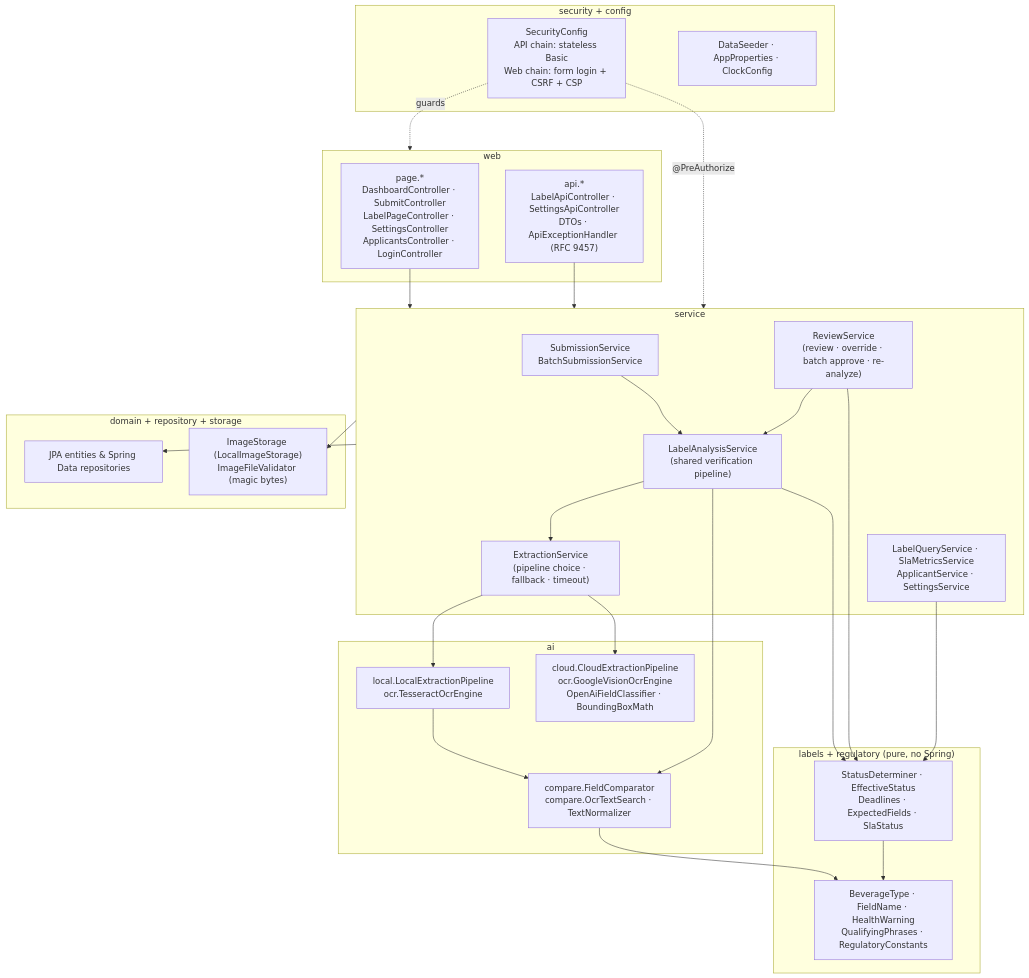
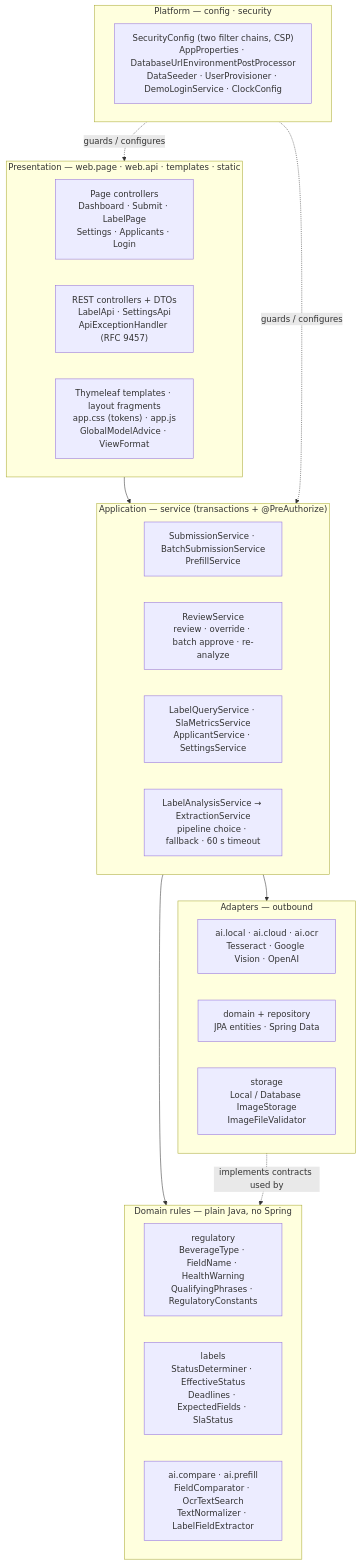
Before and after one commit to SarvariVin/ttb-label-verification: the diagram in docs/diagrams/02-components.mmd, drawn with Mermaid. The commit also changed 251 other files, not shown here.

```diff
--- a/docs/diagrams/02-components.mmd
+++ b/docs/diagrams/02-components.mmd
@@ -1,54 +1,37 @@
-%% Component view — packages under gov.ttb.labelverification and their dependencies
+%% Layered component view — packages under gov.ttb.labelverification grouped by layer
 flowchart TB
-    subgraph web["web"]
-        pages["page.*<br/>DashboardController · SubmitController<br/>LabelPageController · SettingsController<br/>ApplicantsController · LoginController"]
-        api["api.*<br/>LabelApiController · SettingsApiController<br/>DTOs · ApiExceptionHandler (RFC 9457)"]
+    subgraph L1["Presentation — web.page · web.api · templates · static"]
+        pages["Page controllers<br/>Dashboard · Submit · LabelPage<br/>Settings · Applicants · Login"]
+        rest["REST controllers + DTOs<br/>LabelApi · SettingsApi<br/>ApiExceptionHandler (RFC 9457)"]
+        view["Thymeleaf templates · layout fragments<br/>app.css (tokens) · app.js<br/>GlobalModelAdvice · ViewFormat"]
     end
 
-    subgraph security["security + config"]
-        sec["SecurityConfig<br/>API chain: stateless Basic<br/>Web chain: form login + CSRF + CSP"]
-        seed["DataSeeder · AppProperties · ClockConfig"]
+    subgraph L2["Application — service (transactions + @PreAuthorize)"]
+        intake["SubmissionService · BatchSubmissionService<br/>PrefillService"]
+        decide["ReviewService<br/>review · override · batch approve · re-analyze"]
+        read["LabelQueryService · SlaMetricsService<br/>ApplicantService · SettingsService"]
+        analyze["LabelAnalysisService → ExtractionService<br/>pipeline choice · fallback · 60 s timeout"]
     end
 
-    subgraph service["service"]
-        sub["SubmissionService<br/>BatchSubmissionService"]
-        rev["ReviewService<br/>(review · override · batch approve · re-analyze)"]
-        qry["LabelQueryService · SlaMetricsService<br/>ApplicantService · SettingsService"]
-        ana["LabelAnalysisService<br/>(shared verification pipeline)"]
-        ext["ExtractionService<br/>(pipeline choice · fallback · timeout)"]
+    subgraph L3["Domain rules — plain Java, no Spring"]
+        regs["regulatory<br/>BeverageType · FieldName · HealthWarning<br/>QualifyingPhrases · RegulatoryConstants"]
+        verdict["labels<br/>StatusDeterminer · EffectiveStatus<br/>Deadlines · ExpectedFields · SlaStatus"]
+        compare["ai.compare · ai.prefill<br/>FieldComparator · OcrTextSearch<br/>TextNormalizer · LabelFieldExtractor"]
     end
 
-    subgraph ai["ai"]
-        local["local.LocalExtractionPipeline<br/>ocr.TesseractOcrEngine"]
-        cloud["cloud.CloudExtractionPipeline<br/>ocr.GoogleVisionOcrEngine<br/>OpenAiFieldClassifier · BoundingBoxMath"]
-        cmp["compare.FieldComparator<br/>compare.OcrTextSearch · TextNormalizer"]
+    subgraph L4["Adapters — outbound"]
+        ocr["ai.local · ai.cloud · ai.ocr<br/>Tesseract · Google Vision · OpenAI"]
+        persist["domain + repository<br/>JPA entities · Spring Data"]
+        files["storage<br/>Local / Database ImageStorage<br/>ImageFileValidator"]
     end
 
-    subgraph rules["labels + regulatory (pure, no Spring)"]
-        lbl["StatusDeterminer · EffectiveStatus<br/>Deadlines · ExpectedFields · SlaStatus"]
-        reg["BeverageType · FieldName · HealthWarning<br/>QualifyingPhrases · RegulatoryConstants"]
+    subgraph X["Platform — config · security"]
+        plat["SecurityConfig (two filter chains, CSP)<br/>AppProperties · DatabaseUrlEnvironmentPostProcessor<br/>DataSeeder · UserProvisioner · DemoLoginService · ClockConfig"]
     end
 
-    subgraph data["domain + repository + storage"]
-        repo["JPA entities & Spring Data repositories"]
-        store["ImageStorage (LocalImageStorage)<br/>ImageFileValidator (magic bytes)"]
-    end
-
-    pages --> service
-    api --> service
-    sec -. guards .-> web
-    sec -. "@PreAuthorize" .-> service
-    sub --> ana
-    rev --> ana
-    ana --> ext
-    ext --> local
-    ext --> cloud
-    local --> cmp
-    ana --> cmp
-    ana --> lbl
-    rev --> lbl
-    qry --> lbl
-    cmp --> reg
-    lbl --> reg
-    service --> repo
-    service --> store
+    L1 --> L2
+    L2 --> L3
+    L2 --> L4
+    L4 -. "implements contracts used by" .-> L3
+    X -. "guards / configures" .-> L1
+    X -. "guards / configures" .-> L2
```
